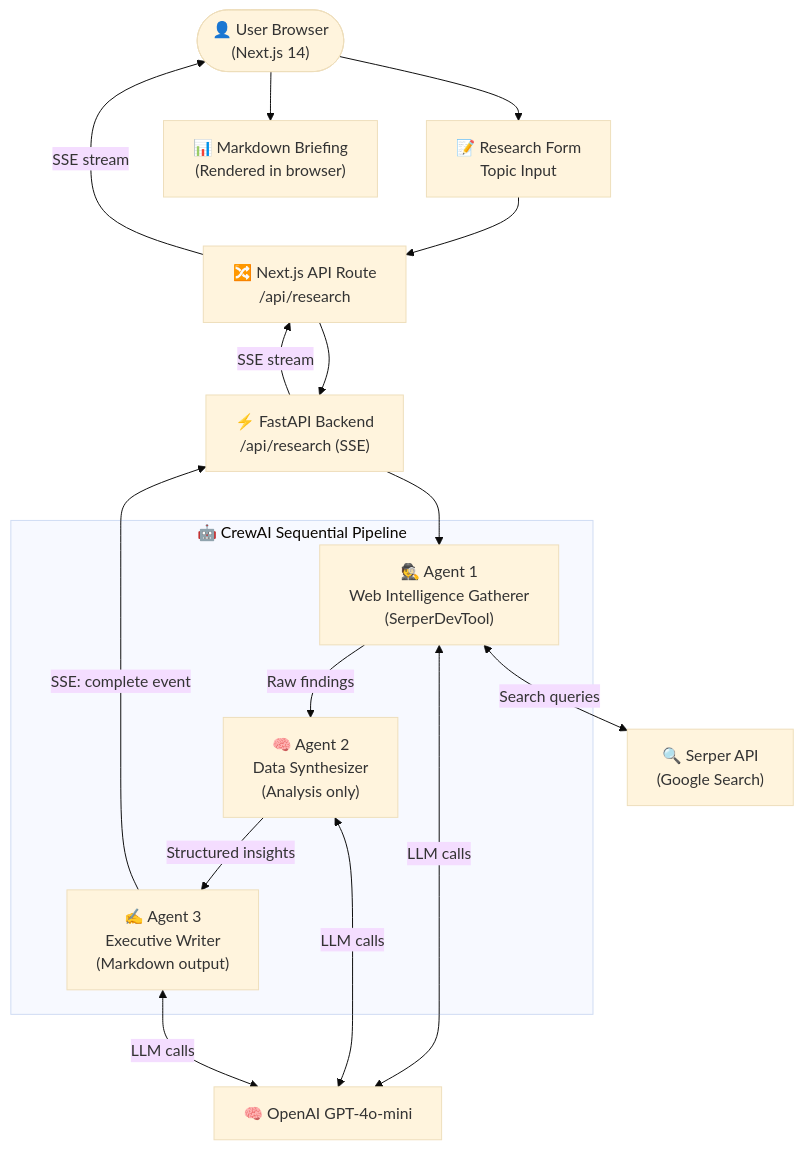
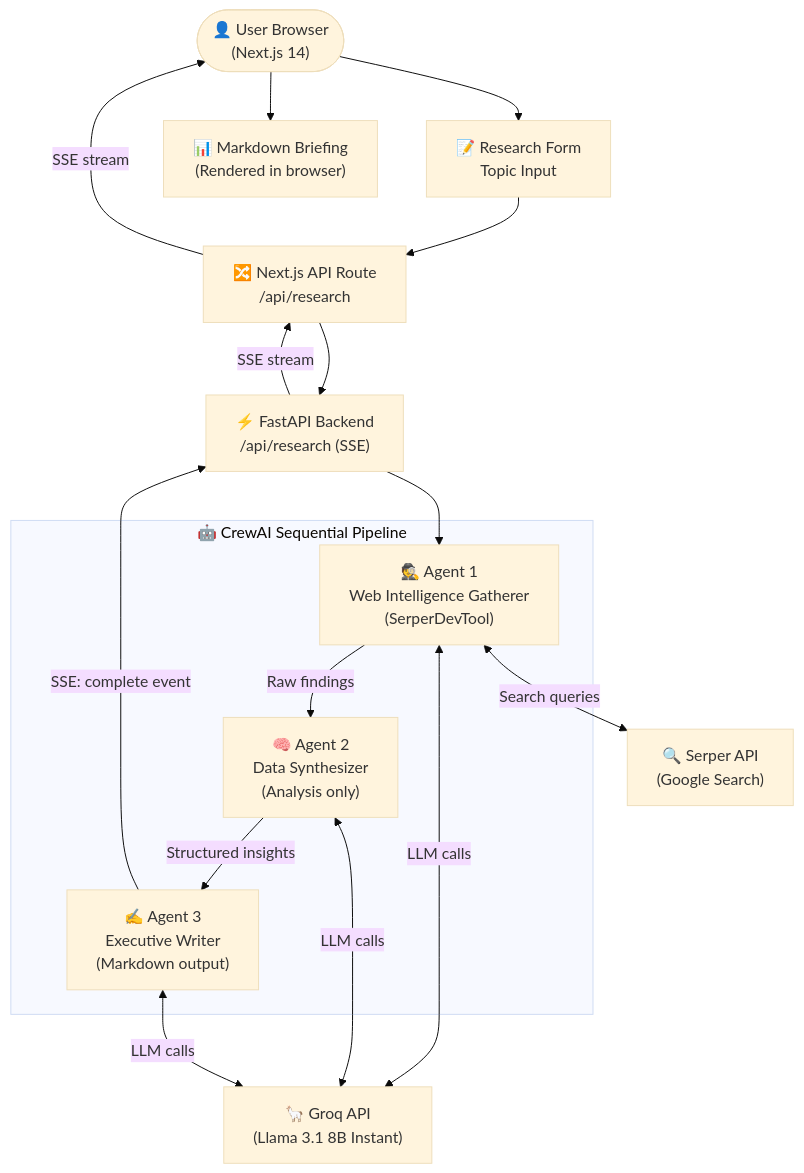
One commit to Shriyanshu2004/Multi-Agent-Workflow changed the diagram in README.md. Above: the diagram before and after it, drawn with Mermaid (base theme). The commit also changed other lines of this file and 9 other files, not shown here.

Commit message:
Switch LLM to Groq (llama-3.1-8b-instant), add single-command dev setup, fix litellm cache_breakpoint issue

````diff
--- a/README.md
+++ b/README.md
@@ -40,28 +40,28 @@
 ```mermaid
 flowchart TD
     User(["👤 User Browser\n(Next.js 14)"])
     Form["📝 Research Form\nTopic Input"]
     Route["🔀 Next.js API Route\n/api/research"]
     FastAPI["⚡ FastAPI Backend\n/api/research (SSE)"]
 
     subgraph CrewAI Pipeline [" 🤖 CrewAI Sequential Pipeline "]
         A1["🕵️ Agent 1\nWeb Intelligence Gatherer\n(SerperDevTool)"]
         A2["🧠 Agent 2\nData Synthesizer\n(Analysis only)"]
         A3["✍️ Agent 3\nExecutive Writer\n(Markdown output)"]
         A1 -->|Raw findings| A2
         A2 -->|Structured insights| A3
     end
 
     Serper["🔍 Serper API\n(Google Search)"]
-    OpenAI["🧠 OpenAI GPT-4o-mini"]
+    Groq["🦙 Groq API\n(Llama 3.1 8B Instant)"]
     Report["📊 Markdown Briefing\n(Rendered in browser)"]
 
     User --> Form --> Route --> FastAPI
     FastAPI --> A1
     A1 <-->|Search queries| Serper
-    A1 & A2 & A3 <-->|LLM calls| OpenAI
+    A1 & A2 & A3 <-->|LLM calls| Groq
     A3 -->|SSE: complete event| FastAPI
     FastAPI -->|SSE stream| Route
     Route -->|SSE stream| User
     User --> Report
 ```
````
